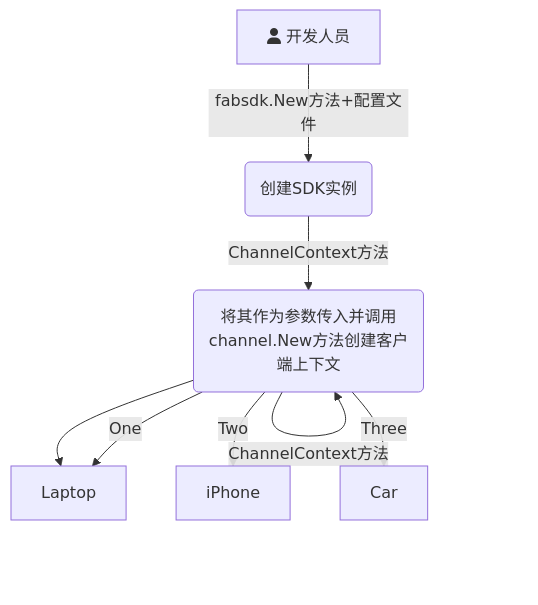
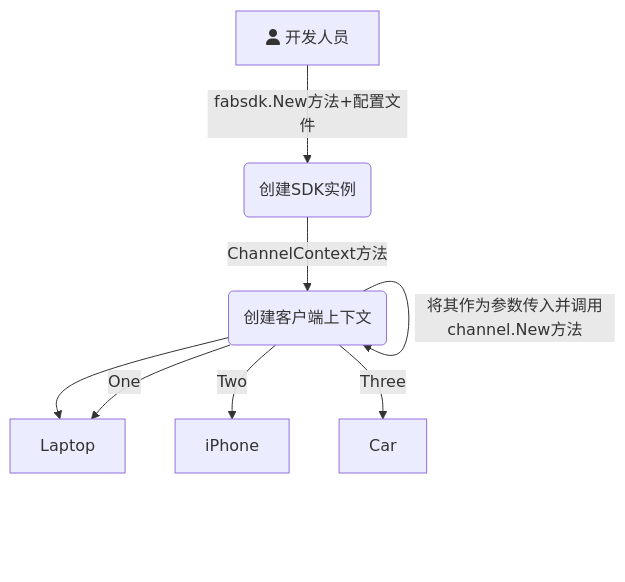
Before and after one commit to Utekichan/iodraw-files: the diagram in all/未命名.md, drawn with Mermaid.

Commit message:
2024-03-30 22:15:32 update

````diff
--- a/all/未命名.md
+++ b/all/未命名.md
@@ -1,11 +1,11 @@
 ```mermaid
 graph TD
     A[fa:fa-user 开发人员] -->|fabsdk.New方法+配置文件| B(创建SDK实例)
     B-->|ChannelContext方法| C(创建客户端上下文)
-    C-->|ChannelContext方法| C(将其作为参数传入并调用channel.New方法创建客户端上下文)
+    C-->|将其作为参数传入并调用channel.New方法| C(创建客户端上下文)
     C --> D{Select}
     C -->|One| D[Laptop]
     C -->|Two| E[iPhone]
     C -->|Three| F[Car]
   
 ```
````
